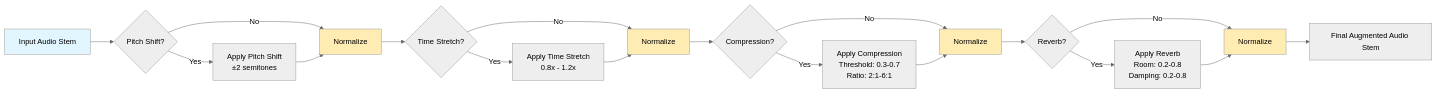
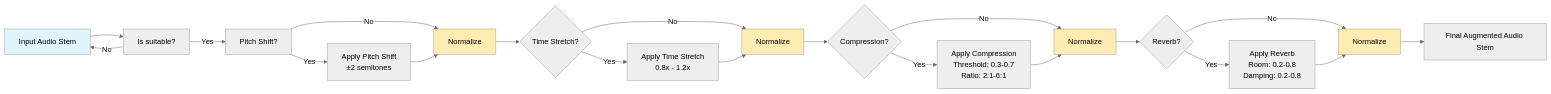
The first of 3 diagrams in src/data/README.md (adriangar8/STMAE_music_source_separation), drawn with Mermaid (neutral theme) before and after one commit.

````diff
--- a/src/data/README.md
+++ b/src/data/README.md
@@ -30,29 +30,33 @@
 ```mermaid
 flowchart LR
-    A[Input Audio Stem] --> C1{Pitch Shift?}
+    A[Input Audio Stem] --> B[Is suitable?]
+
+    B -->|Yes| C1[Pitch Shift?]
+    B -->|No| A
+
     C1 -->|Yes| D1[Apply Pitch Shift<br/>±2 semitones]
     C1 -->|No| N1[Normalize]
     D1 --> N1[Normalize]
     
     N1 --> C2{Time Stretch?}
     C2 -->|Yes| D2[Apply Time Stretch<br/>0.8x - 1.2x]
     C2 -->|No| N2[Normalize]
     D2 --> N2[Normalize]
  
     N2 --> C3{Compression?}
     C3 -->|Yes| D3[Apply Compression<br/>Threshold: 0.3-0.7<br/>Ratio: 2:1-6:1]
     C3 -->|No| N3[Normalize]
     D3 --> N3[Normalize]
 
     N3 --> C4{Reverb?}
     C4 -->|Yes| D4[Apply Reverb<br/>Room: 0.2-0.8<br/>Damping: 0.2-0.8]
     C4 -->|No| N4[Normalize]
     D4 --> N4[Normalize]
     
     N4 --> G[Final Augmented Audio Stem]
  style A fill:#e1f5fe
 style N1 fill:#ffecb3
 style N2 fill:#ffecb3
 style N3 fill:#ffecb3
 style N4 fill:#ffecb3
 ```
````
